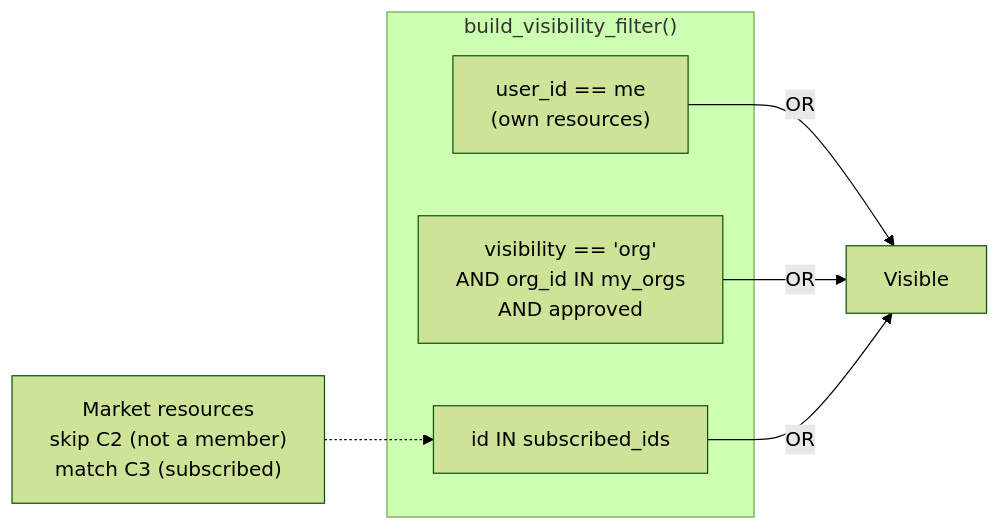
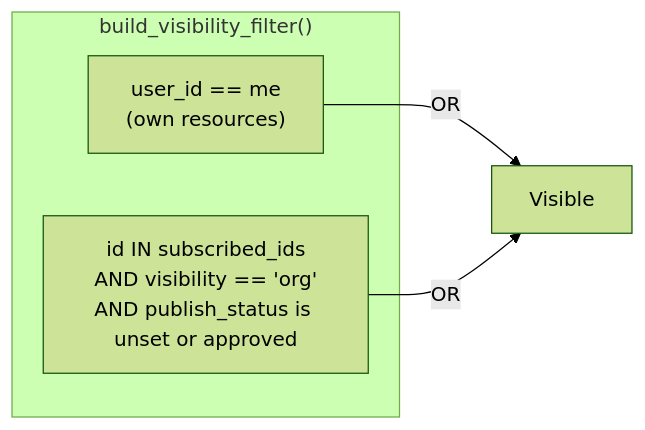
The second of 4 diagrams in docs/architecture/market.mdx (fim-ai/fim-one), drawn with Mermaid (forest theme) before and after one commit. The commit also changed other lines of this file and 3 other files, not shown here.

First line of the commit message:
docs(sharing): two-condition visibility, fallback off by default, DB connectors not shareable

````diff
--- a/docs/architecture/market.mdx
+++ b/docs/architecture/market.mdx
@@ -101,15 +103,10 @@
 ```mermaid
 flowchart LR
     subgraph Filter["build_visibility_filter()"]
         C1["user_id == me<br/>(own resources)"]
-        C2["visibility == 'org'<br/>AND org_id IN my_orgs<br/>AND approved"]
-        C3["id IN subscribed_ids"]
+        C2["id IN subscribed_ids<br/>AND visibility == 'org'<br/>AND publish_status is unset or approved"]
     end
 
     C1 -->|OR| Result["Visible"]
     C2 -->|OR| Result
-    C3 -->|OR| Result
-
-    Note1["Market resources<br/>skip C2 (not a member)<br/>match C3 (subscribed)"]
-    Note1 -.-> C3
 ```
````
